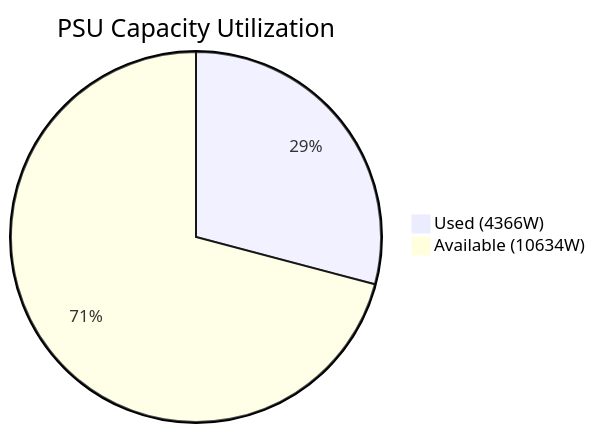
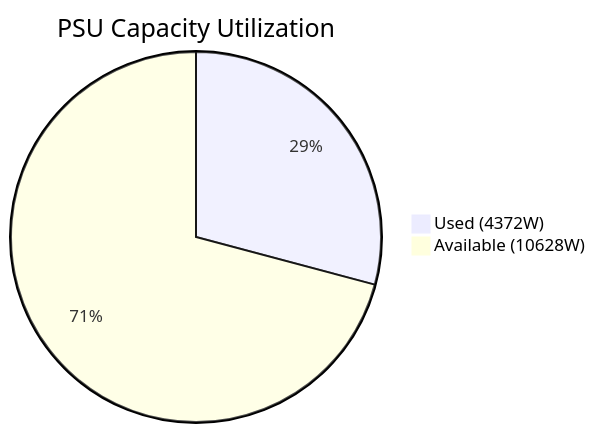
The first of 2 diagrams in docs/analysis/power.md (jnarwell/drip), drawn with Mermaid before and after one commit. The commit also changed other lines of this file and 10 other files, not shown here.

````diff
--- a/docs/analysis/power.md
+++ b/docs/analysis/power.md
@@ -52,5 +55,5 @@
 ```mermaid
 pie title PSU Capacity Utilization
-    "Used (4366W)" : 4366.5
-    "Available (10634W)" : 10633.5
+    "Used (4372W)" : 4371.672
+    "Available (10628W)" : 10628.328000000001
 ```
````
